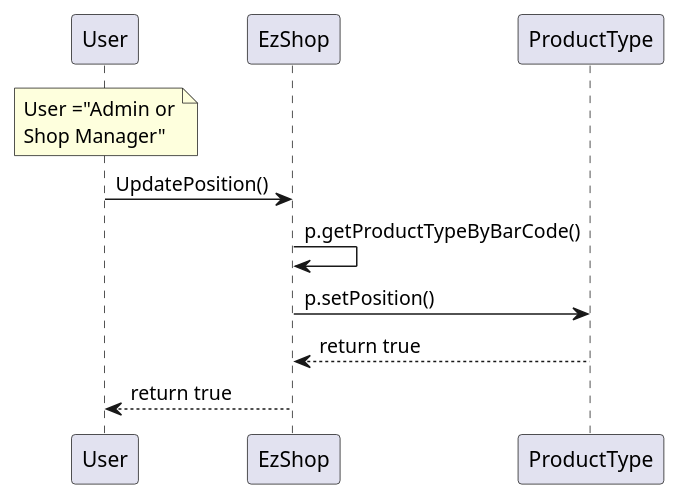
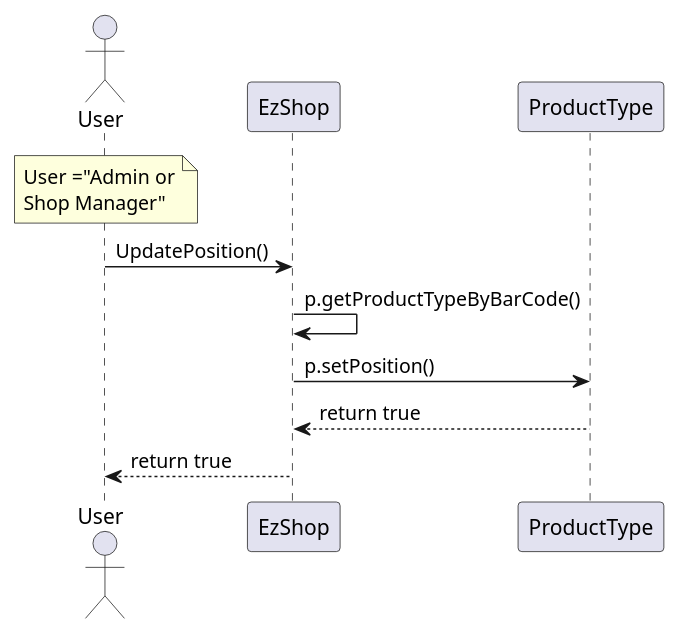
One commit to paocela/EzShop changed the third of 6 diagrams in Deliverables/DesignDocument.md. Above: the diagram before and after it, drawn with PlantUML. The commit also changed other lines of this file, not shown here.

Commit message:
Added scenario 2 to sequence diagrams

````diff
--- a/Deliverables/DesignDocument.md
+++ b/Deliverables/DesignDocument.md
@@ -87,9 +88,10 @@
 ```plantuml
+actor User
 note over User: User ="Admin or\nShop Manager"
 User -> EzShop : UpdatePosition()
 EzShop -> EzShop : p.getProductTypeByBarCode()
 EzShop -> ProductType : p.setPosition()
 EzShop <-- ProductType : return true 
 User <-- EzShop : return true
 
 ```
````
